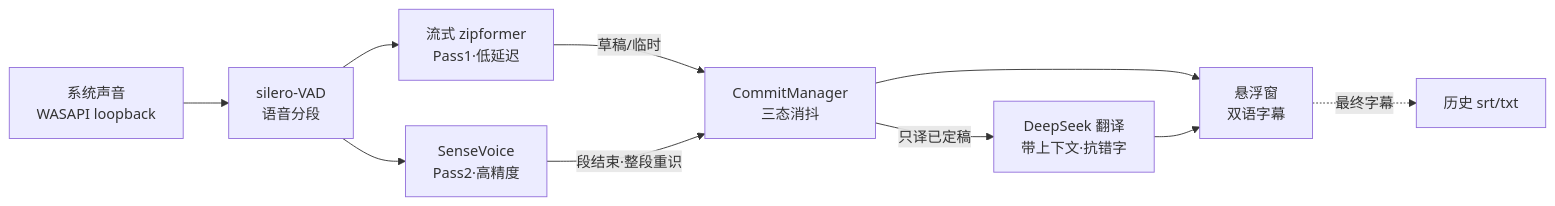
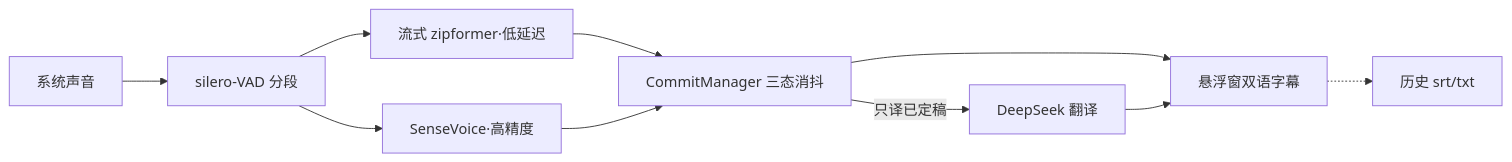
Before and after one commit to superLin006/LiveBabel: the first of 2 diagrams in README.md, drawn with Mermaid. The commit also changed other lines of this file and 2 other files, not shown here.

First line of the commit message:
docs: README 精简重写 + 新主页截图;版本升 1.2.0

````diff
--- a/README.md
+++ b/README.md
@@ -132,12 +98,9 @@
 ```mermaid
 flowchart LR
-    A[系统声音<br/>WASAPI loopback] --> B[silero-VAD<br/>语音分段]
-    B --> C[流式 zipformer<br/>Pass1·低延迟]
-    B --> D[SenseVoice<br/>Pass2·高精度]
-    C -->|草稿/临时| E[CommitManager<br/>三态消抖]
-    D -->|段结束·整段重识| E
-    E -->|只译已定稿| F[DeepSeek 翻译<br/>带上下文·抗错字]
-    E --> G[悬浮窗<br/>双语字幕]
-    F --> G
-    G -.最终字幕.-> H[历史 srt/txt]
+    A[系统声音] --> B[silero-VAD 分段]
+    B --> C[流式 zipformer·低延迟]
+    B --> D[SenseVoice·高精度]
+    C & D --> E[CommitManager 三态消抖]
+    E -->|只译已定稿| F[DeepSeek 翻译]
+    E & F --> G[悬浮窗双语字幕] -.-> H[历史 srt/txt]
 ```
````
